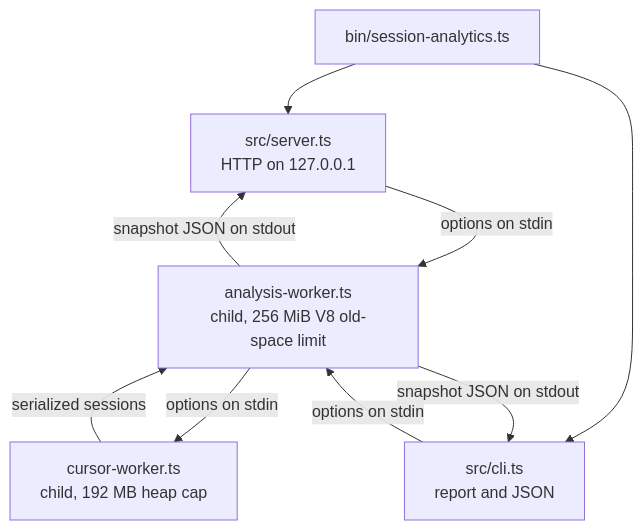
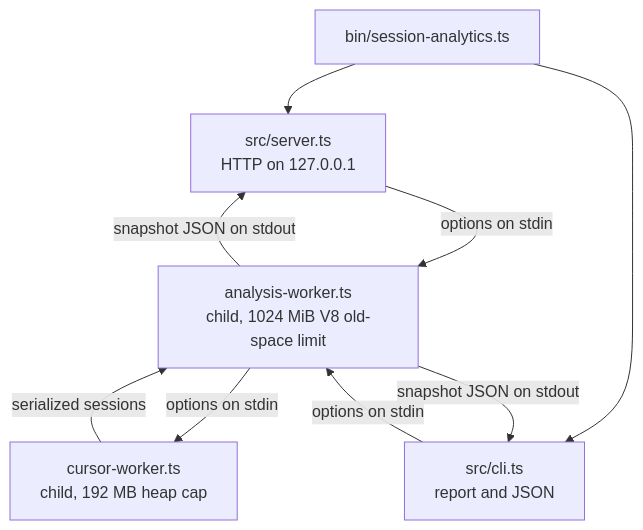
Before and after one commit to rokas-tarasevicius/session-analytics: the diagram in docs/architecture.md, drawn with Mermaid. The commit also changed other lines of this file and 20 other files, not shown here.

````diff
--- a/docs/architecture.md
+++ b/docs/architecture.md
@@ -56,11 +56,11 @@
 ```mermaid
 flowchart TB
   bin["bin/session-analytics.ts"] --> server["src/server.ts<br/>HTTP on 127.0.0.1"]
   bin --> cli["src/cli.ts<br/>report and JSON"]
-  server -- "options on stdin" --> worker["analysis-worker.ts<br/>child, 256 MiB V8 old-space limit"]
+  server -- "options on stdin" --> worker["analysis-worker.ts<br/>child, 1024 MiB V8 old-space limit"]
   cli -- "options on stdin" --> worker
   worker -- "options on stdin" --> cursor["cursor-worker.ts<br/>child, 192 MB heap cap"]
   cursor -- "serialized sessions" --> worker
   worker -- "snapshot JSON on stdout" --> server
   worker -- "snapshot JSON on stdout" --> cli
 ```
````
